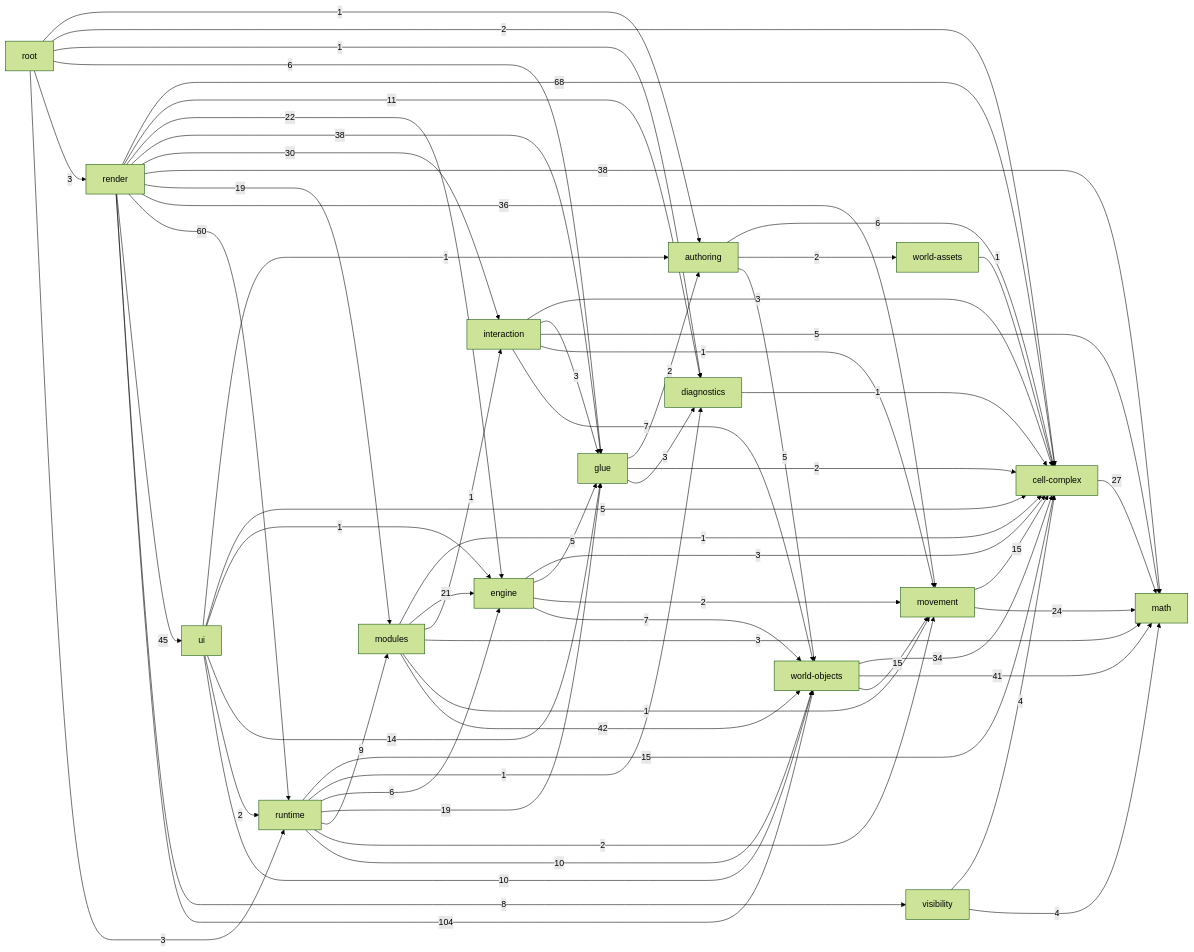
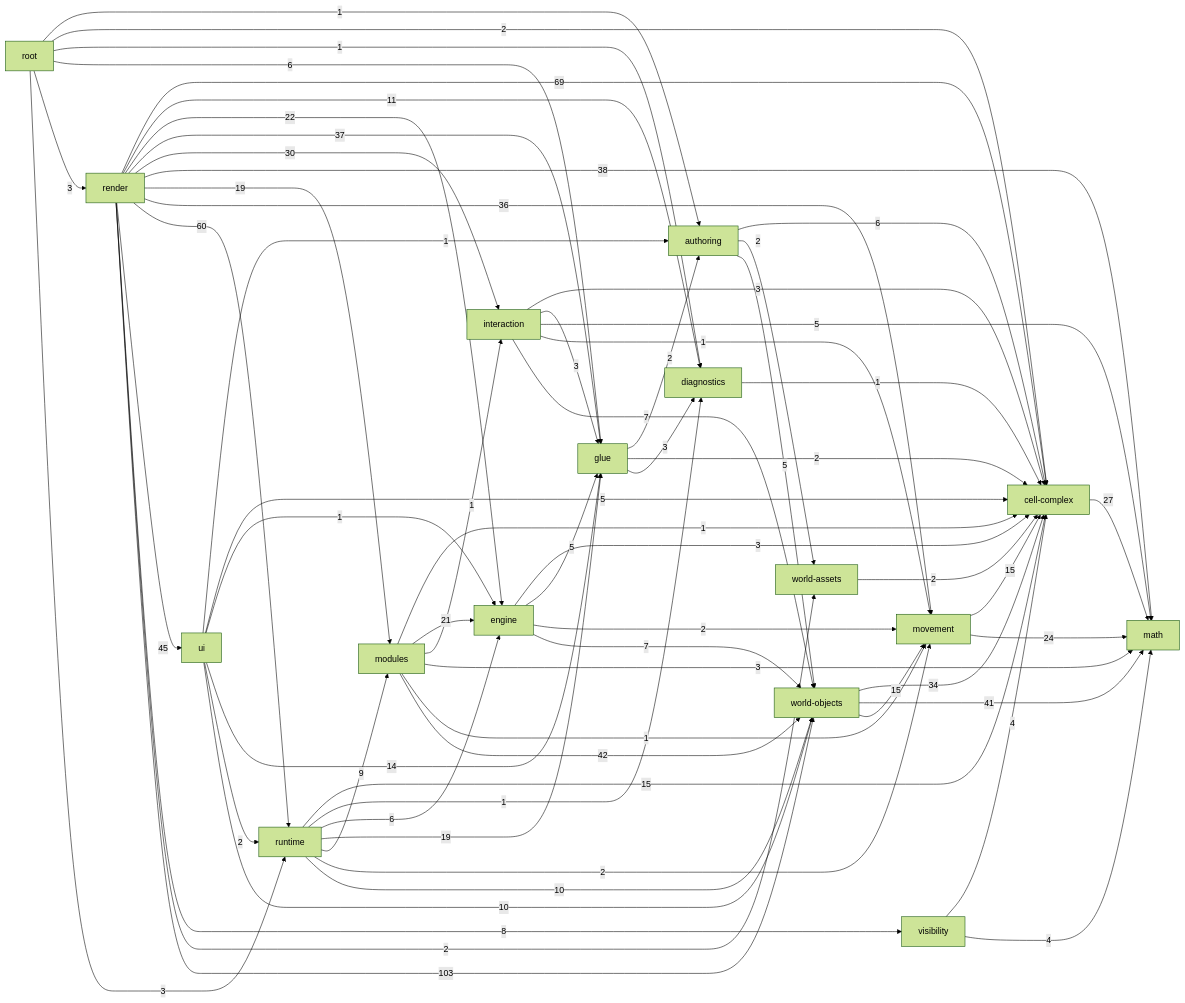
The diagram in _docs/generated/ARCHITECTURE_REFERENCE.md (guraltsev/noneuclid-fpv), drawn with Mermaid (forest theme) before and after one commit. The commit also changed other lines of this file and 6 other files, not shown here.

````diff
--- a/_docs/generated/ARCHITECTURE_REFERENCE.md
+++ b/_docs/generated/ARCHITECTURE_REFERENCE.md
@@ -37,81 +37,82 @@
 ```mermaid
 flowchart LR
   math["math"]
   cell_complex["cell-complex"]
   diagnostics["diagnostics"]
   visibility["visibility"]
   movement["movement"]
   world_assets["world-assets"]
   world_objects["world-objects"]
   authoring["authoring"]
   glue["glue"]
   interaction["interaction"]
   engine["engine"]
   modules["modules"]
   runtime["runtime"]
   ui["ui"]
   render["render"]
   root["root"]
   authoring -->|6| cell_complex
   authoring -->|2| world_assets
   authoring -->|5| world_objects
   cell_complex -->|27| math
   diagnostics -->|1| cell_complex
   engine -->|3| cell_complex
   engine -->|5| glue
   engine -->|2| movement
   engine -->|7| world_objects
   glue -->|2| authoring
   glue -->|2| cell_complex
   glue -->|3| diagnostics
   interaction -->|3| cell_complex
   interaction -->|3| glue
   interaction -->|5| math
   interaction -->|1| movement
   interaction -->|7| world_objects
   modules -->|1| cell_complex
   modules -->|21| engine
   modules -->|1| interaction
   modules -->|3| math
   modules -->|1| movement
   modules -->|42| world_objects
   movement -->|15| cell_complex
   movement -->|24| math
-  render -->|68| cell_complex
+  render -->|69| cell_complex
   render -->|11| diagnostics
   render -->|22| engine
-  render -->|38| glue
+  render -->|37| glue
   render -->|30| interaction
   render -->|38| math
   render -->|19| modules
   render -->|36| movement
   render -->|60| runtime
   render -->|45| ui
   render -->|8| visibility
-  render -->|104| world_objects
+  render -->|2| world_assets
+  render -->|103| world_objects
   root -->|1| authoring
   root -->|2| cell_complex
   root -->|1| diagnostics
   root -->|6| glue
   root -->|3| render
   root -->|3| runtime
   runtime -->|15| cell_complex
   runtime -->|1| diagnostics
   runtime -->|6| engine
   runtime -->|19| glue
   runtime -->|9| modules
   runtime -->|2| movement
   runtime -->|10| world_objects
   ui -->|1| authoring
   ui -->|5| cell_complex
   ui -->|1| engine
   ui -->|14| glue
   ui -->|2| runtime
   ui -->|10| world_objects
   visibility -->|4| cell_complex
   visibility -->|4| math
-  world_assets -->|1| cell_complex
+  world_assets -->|2| cell_complex
   world_objects -->|34| cell_complex
   world_objects -->|41| math
   world_objects -->|15| movement
 ```
````
